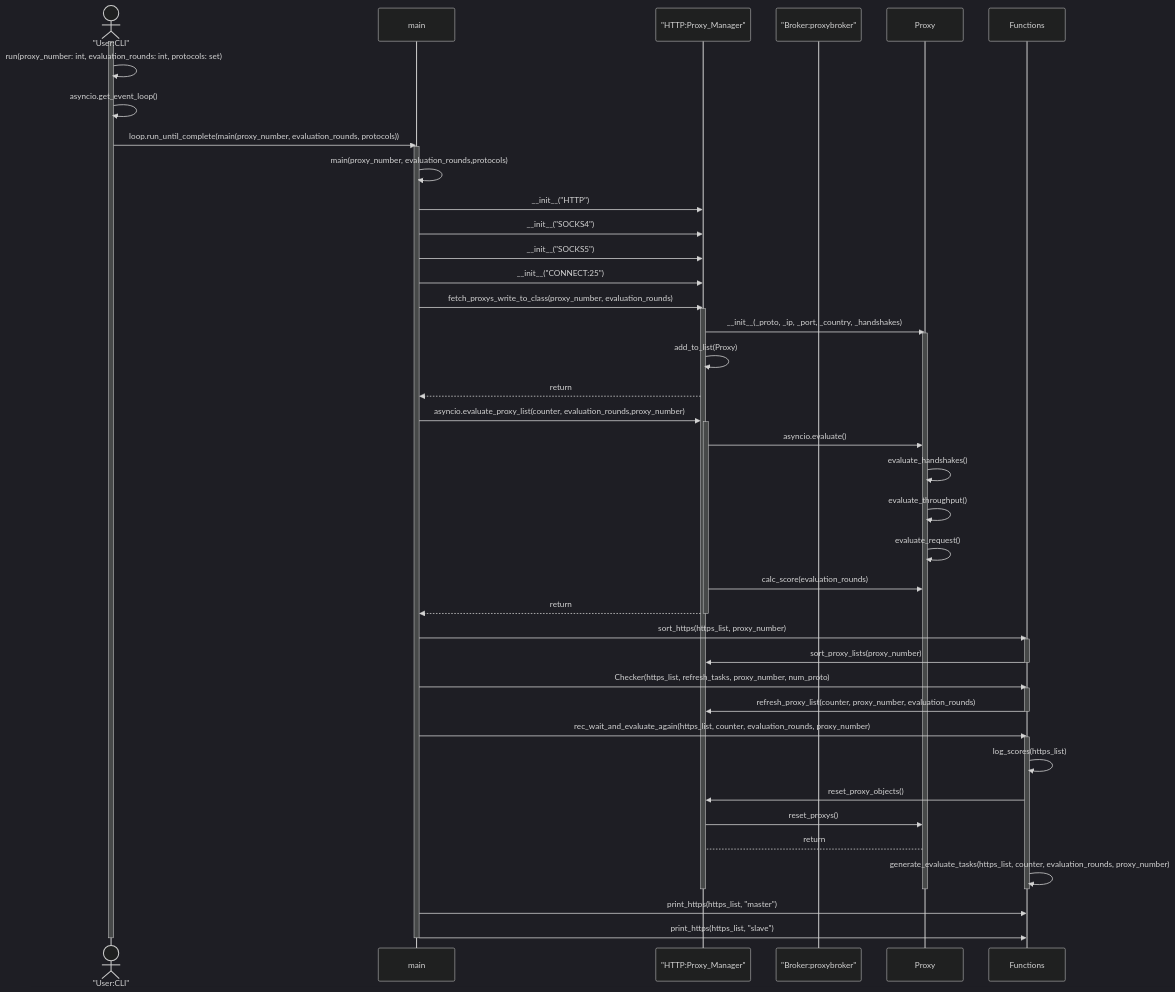
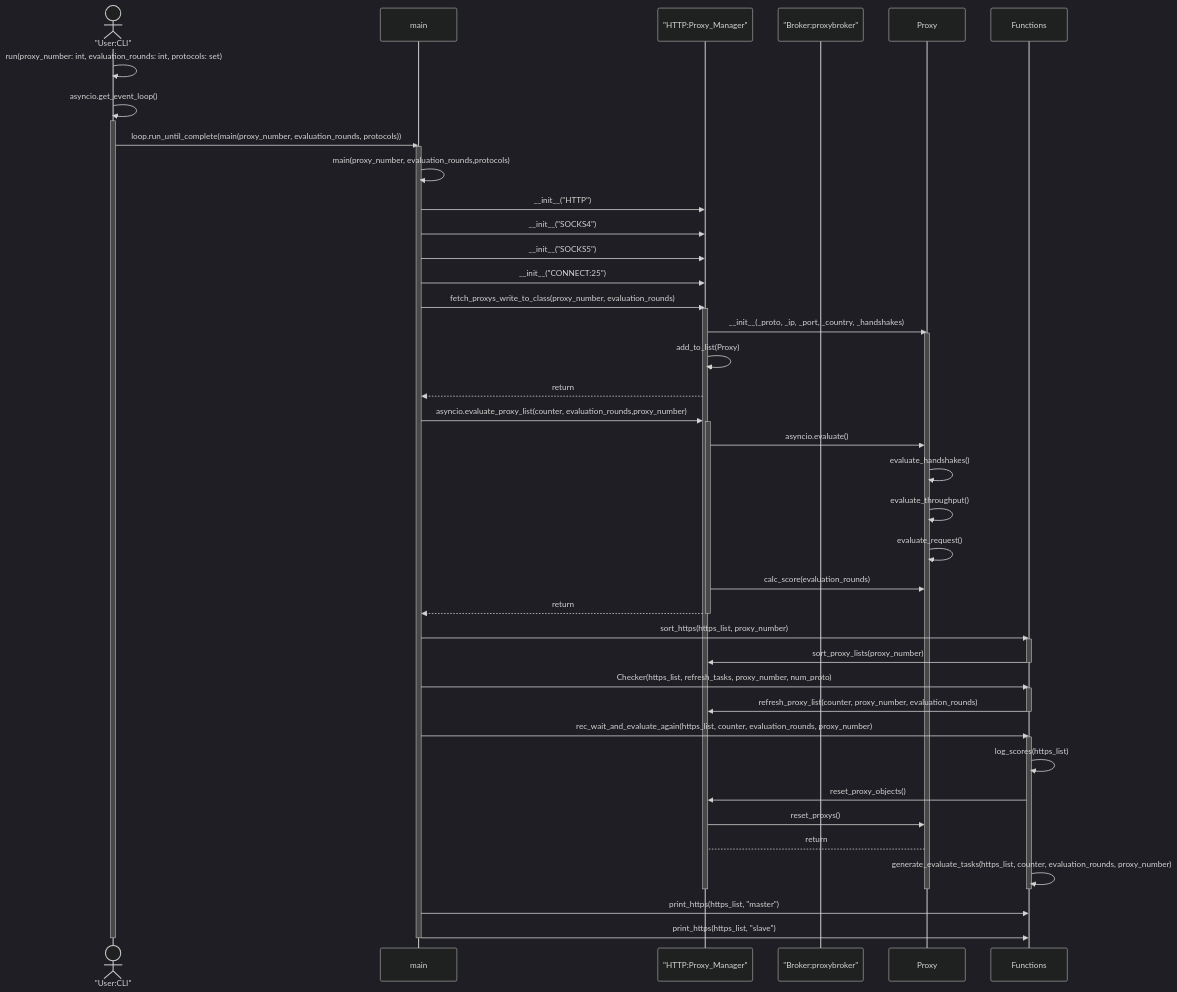
Before and after one commit to quintuscodes/Proxy-Reliability-using-Proxybroker2: the second of 2 diagrams in README.md, drawn with Mermaid (dark theme).

Commit message:
README.md

````diff
--- a/README.md
+++ b/README.md
@@ -84,64 +84,65 @@
 ```mermaid 
 
 sequenceDiagram
     actor CLI as "User:CLI"
     participant main
     participant http as "HTTP:Proxy_Manager"
     participant broker as "Broker:proxybroker"
     participant Proxy
     participant Functions
 
-    activate CLI
+    
     CLI->>CLI: run(proxy_number: int, evaluation_rounds: int, protocols: set)
     CLI->>CLI: asyncio.get_event_loop()
+    activate CLI
     CLI->>main: loop.run_until_complete(main(proxy_number, evaluation_rounds, protocols))
     activate main
     main->>main: main(proxy_number, evaluation_rounds,protocols)
     
     main->>http: __init__("HTTP")
     main->>http: __init__("SOCKS4")
     main->>http: __init__("SOCKS5")
     main->>http: __init__("CONNECT:25")
     main->>http:fetch_proxys_write_to_class(proxy_number, evaluation_rounds)
     activate http
     http->>Proxy: __init__(_proto, _ip, _port, _country, _handshakes)
     activate Proxy
     http->>http: add_to_list(Proxy)
     http-->>main: return
     
 
     main->>http: asyncio.evaluate_proxy_list(counter, evaluation_rounds,proxy_number)
     activate http
     http->>Proxy: asyncio.evaluate()
     Proxy->>Proxy: evaluate_handshakes()
     Proxy->>Proxy: evaluate_throughput()
     Proxy->>Proxy: evaluate_request()
     http->>Proxy: calc_score(evaluation_rounds)
     http-->>main: return
     deactivate http
 
     main->>Functions: sort_https(https_list, proxy_number)
     activate Functions
     Functions->>http: sort_proxy_lists(proxy_number)
     deactivate Functions
 
     main->>Functions: Checker(https_list, refresh_tasks, proxy_number, num_proto)
     activate Functions
     Functions->>http: refresh_proxy_list(counter, proxy_number, evaluation_rounds)
     deactivate Functions
 
     main->>Functions: rec_wait_and_evaluate_again(https_list, counter, evaluation_rounds, proxy_number)
     activate Functions
     Functions->>Functions: log_scores(https_list)
     Functions->>http: reset_proxy_objects()
     http ->> Proxy: reset_proxys()
     Proxy--> http: return
     Functions->>Functions: generate_evaluate_tasks(https_list, counter, evaluation_rounds, proxy_number)
     deactivate Functions
     deactivate http
     deactivate Proxy
     main->>Functions: print_https(https_list, "master")
     main->>Functions: print_https(https_list, "slave")
     deactivate main
     deactivate CLI
 ```
````
